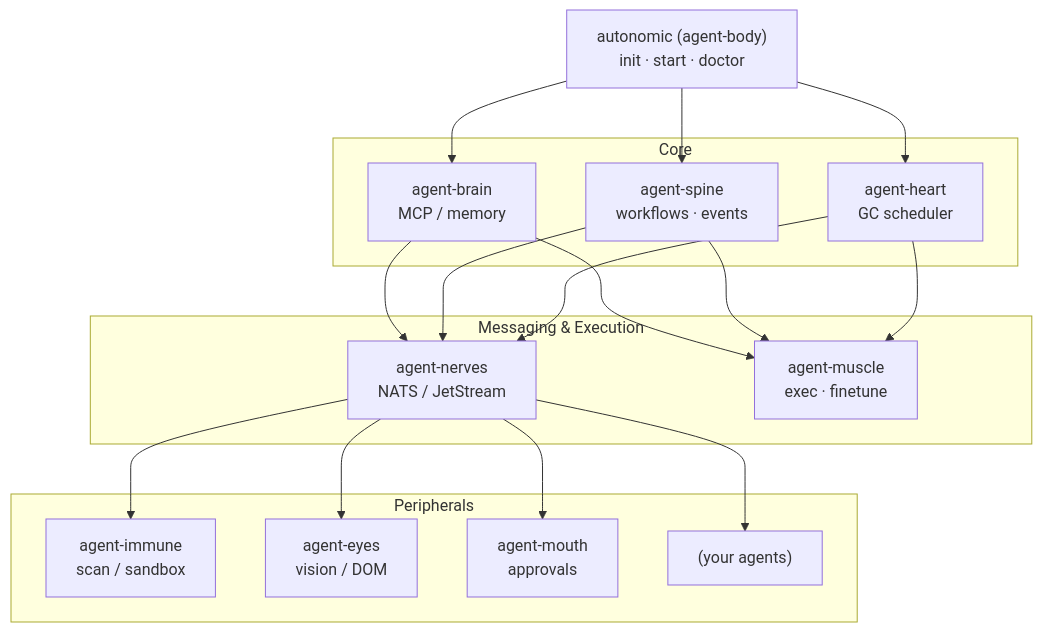
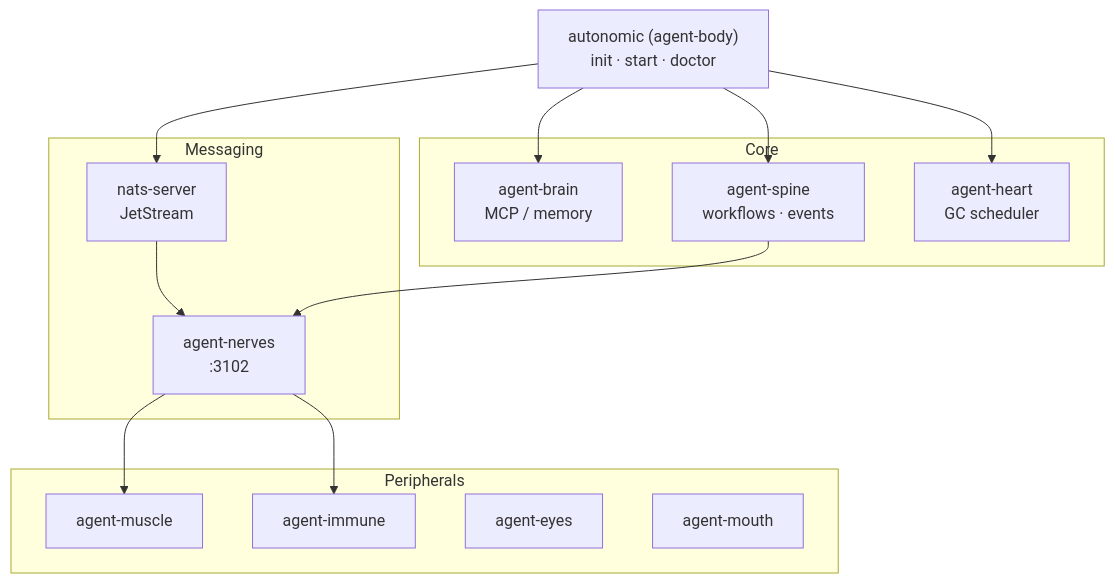
One commit to autonomic-ai-dev/agent-body changed the diagram in README.md. Above: the diagram before and after it, drawn with Mermaid. The commit also changed other lines of this file and 2 other files, not shown here.

First line of the commit message:
docs: expand README and clarify NATS start in install-all-organs.sh

````diff
--- a/README.md
+++ b/README.md
@@ -66,39 +95,31 @@
 ```mermaid
 graph TD
     body["autonomic (agent-body)<br>init · start · doctor"]
 
     subgraph Core
         brain["agent-brain<br>MCP / memory"]
         spine["agent-spine<br>workflows · events"]
         heart["agent-heart<br>GC scheduler"]
     end
 
-    subgraph Messaging & Execution
-        nerves["agent-nerves<br>NATS / JetStream"]
-        muscle["agent-muscle<br>exec · finetune"]
+    subgraph Messaging
+        nats["nats-server<br>JetStream"]
+        nerves["agent-nerves<br>:3102"]
     end
 
     subgraph Peripherals
-        immune["agent-immune<br>scan / sandbox"]
-        eyes["agent-eyes<br>vision / DOM"]
-        mouth["agent-mouth<br>approvals"]
-        custom["(your agents)"]
+        muscle["agent-muscle"]
+        immune["agent-immune"]
+        eyes["agent-eyes"]
+        mouth["agent-mouth"]
     end
 
     body --> brain
     body --> spine
     body --> heart
-    
-    brain --> nerves
+    body --> nats
+    nats --> nerves
+    nerves --> muscle
+    nerves --> immune
     spine --> nerves
-    heart --> nerves
-    
-    brain --> muscle
-    spine --> muscle
-    heart --> muscle
-    
-    nerves --> immune
-    nerves --> eyes
-    nerves --> mouth
-    nerves --> custom
 ```
````
